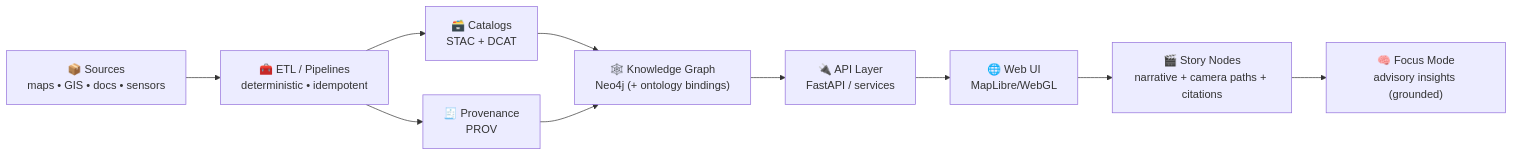
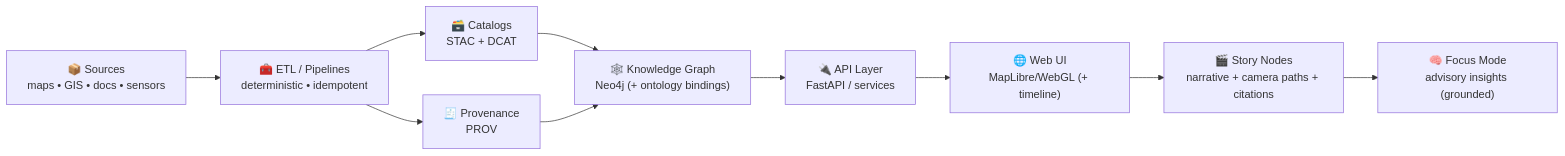
Before and after one commit to bartytime4life/Kansas-Frontier-Matrix: the first of 3 diagrams in .github/README.md, drawn with Mermaid. The commit also changed other lines of this file, not shown here.

````diff
--- a/.github/README.md
+++ b/.github/README.md
@@ -109,12 +119,12 @@
 ```mermaid
 flowchart LR
   A["📦 Sources<br/>maps • GIS • docs • sensors"] --> B["🧰 ETL / Pipelines<br/>deterministic • idempotent"]
   B --> C["🗃️ Catalogs<br/>STAC + DCAT"]
   B --> D["🧾 Provenance<br/>PROV"]
   C --> E["🕸️ Knowledge Graph<br/>Neo4j (+ ontology bindings)"]
   D --> E
   E --> F["🔌 API Layer<br/>FastAPI / services"]
-  F --> G["🌐 Web UI<br/>MapLibre/WebGL"]
+  F --> G["🌐 Web UI<br/>MapLibre/WebGL (+ timeline)"]
   G --> H["🎬 Story Nodes<br/>narrative + camera paths + citations"]
   H --> I["🧠 Focus Mode<br/>advisory insights (grounded)"]
 ```
````
